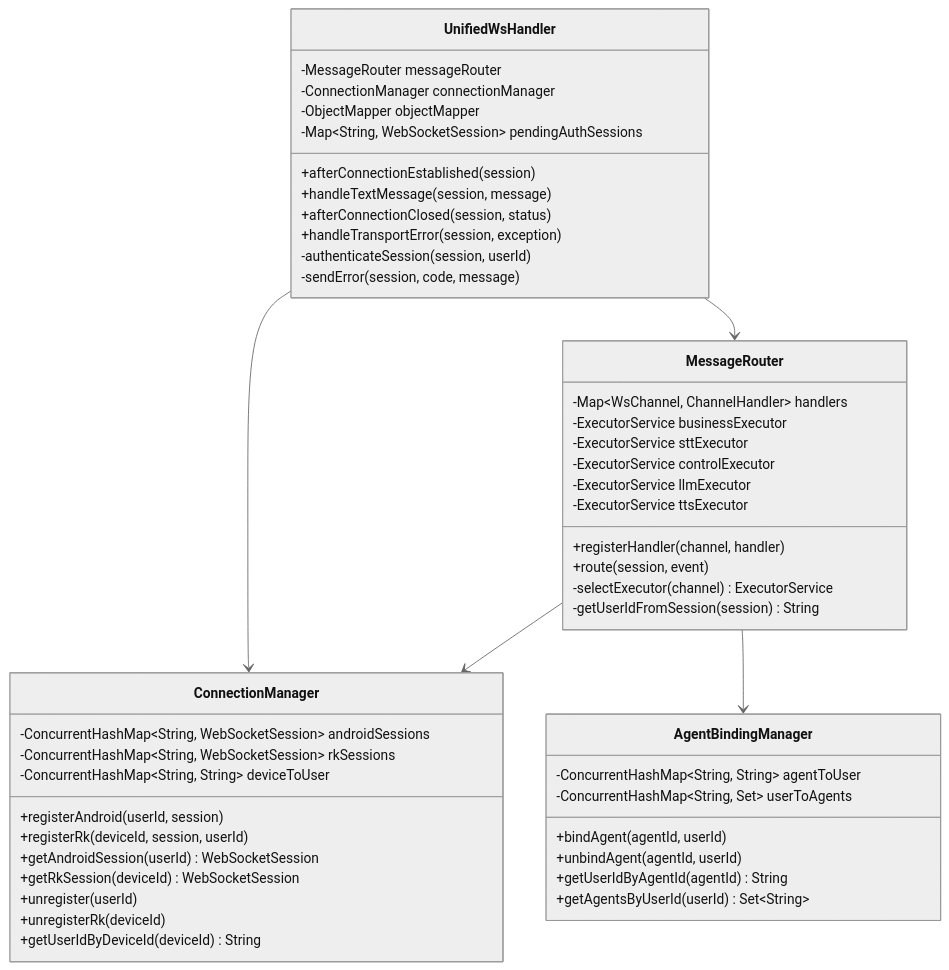
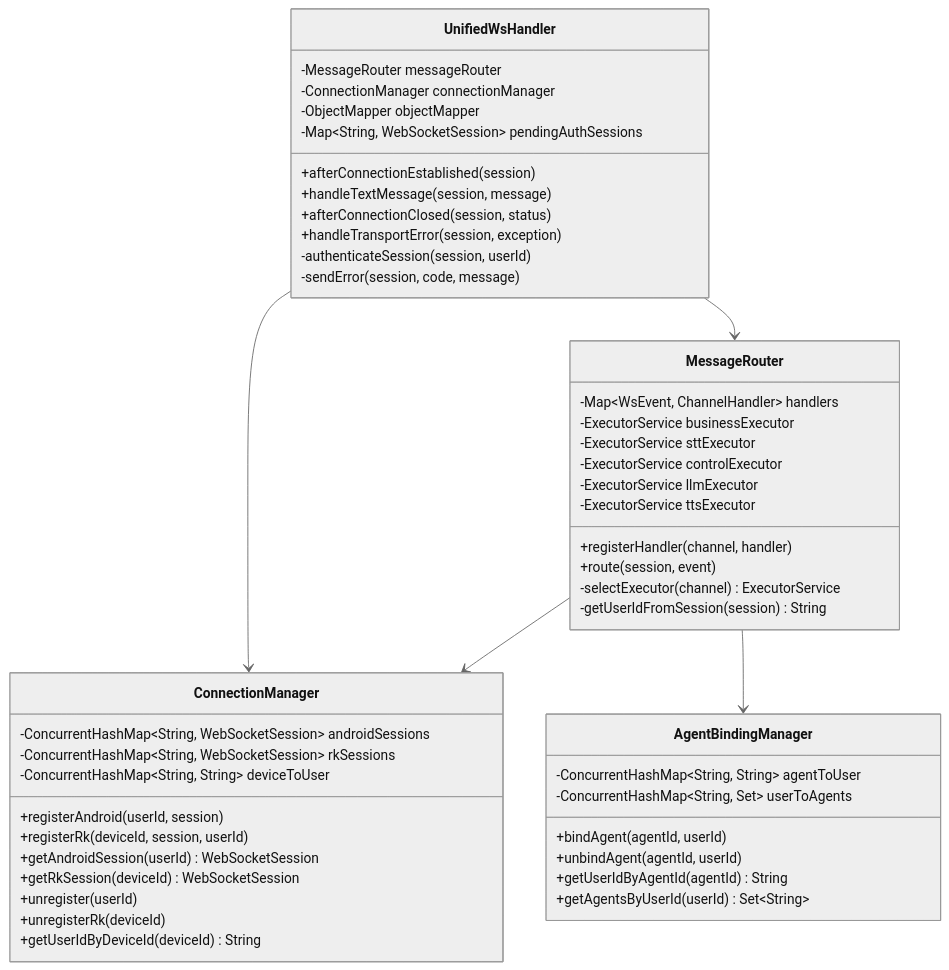
One commit to nangong918/magic-vector changed the seventh of 13 diagrams in cursor/WS重构.md. Above: the diagram before and after it, drawn with Mermaid (neutral theme). The commit also changed other lines of this file and 4 other files, not shown here.

````diff
--- a/cursor/WS重构.md
+++ b/cursor/WS重构.md
@@ -506,55 +508,55 @@
 ```mermaid
 classDiagram
     class UnifiedWsHandler {
         -MessageRouter messageRouter
         -ConnectionManager connectionManager
         -ObjectMapper objectMapper
         -Map~String, WebSocketSession~ pendingAuthSessions
         +afterConnectionEstablished(session)
         +handleTextMessage(session, message)
         +afterConnectionClosed(session, status)
         +handleTransportError(session, exception)
         -authenticateSession(session, userId)
         -sendError(session, code, message)
     }
     
     class MessageRouter {
-        -Map~WsChannel, ChannelHandler~ handlers
+        -Map~WsEvent, ChannelHandler~ handlers
         -ExecutorService businessExecutor
         -ExecutorService sttExecutor
         -ExecutorService controlExecutor
         -ExecutorService llmExecutor
         -ExecutorService ttsExecutor
         +registerHandler(channel, handler)
         +route(session, event)
         -selectExecutor(channel) ExecutorService
         -getUserIdFromSession(session) String
     }
     
     class ConnectionManager {
         -ConcurrentHashMap~String, WebSocketSession~ androidSessions
         -ConcurrentHashMap~String, WebSocketSession~ rkSessions
         -ConcurrentHashMap~String, String~ deviceToUser
         +registerAndroid(userId, session)
         +registerRk(deviceId, session, userId)
         +getAndroidSession(userId) WebSocketSession
         +getRkSession(deviceId) WebSocketSession
         +unregister(userId)
         +unregisterRk(deviceId)
         +getUserIdByDeviceId(deviceId) String
     }
     
     class AgentBindingManager {
         -ConcurrentHashMap~String, String~ agentToUser
         -ConcurrentHashMap~String, Set~ userToAgents
         +bindAgent(agentId, userId)
         +unbindAgent(agentId, userId)
         +getUserIdByAgentId(agentId) String
         +getAgentsByUserId(userId) Set~String~
     }
     
     UnifiedWsHandler --> MessageRouter
     UnifiedWsHandler --> ConnectionManager
     MessageRouter --> ConnectionManager
     MessageRouter --> AgentBindingManager
 ```
````
